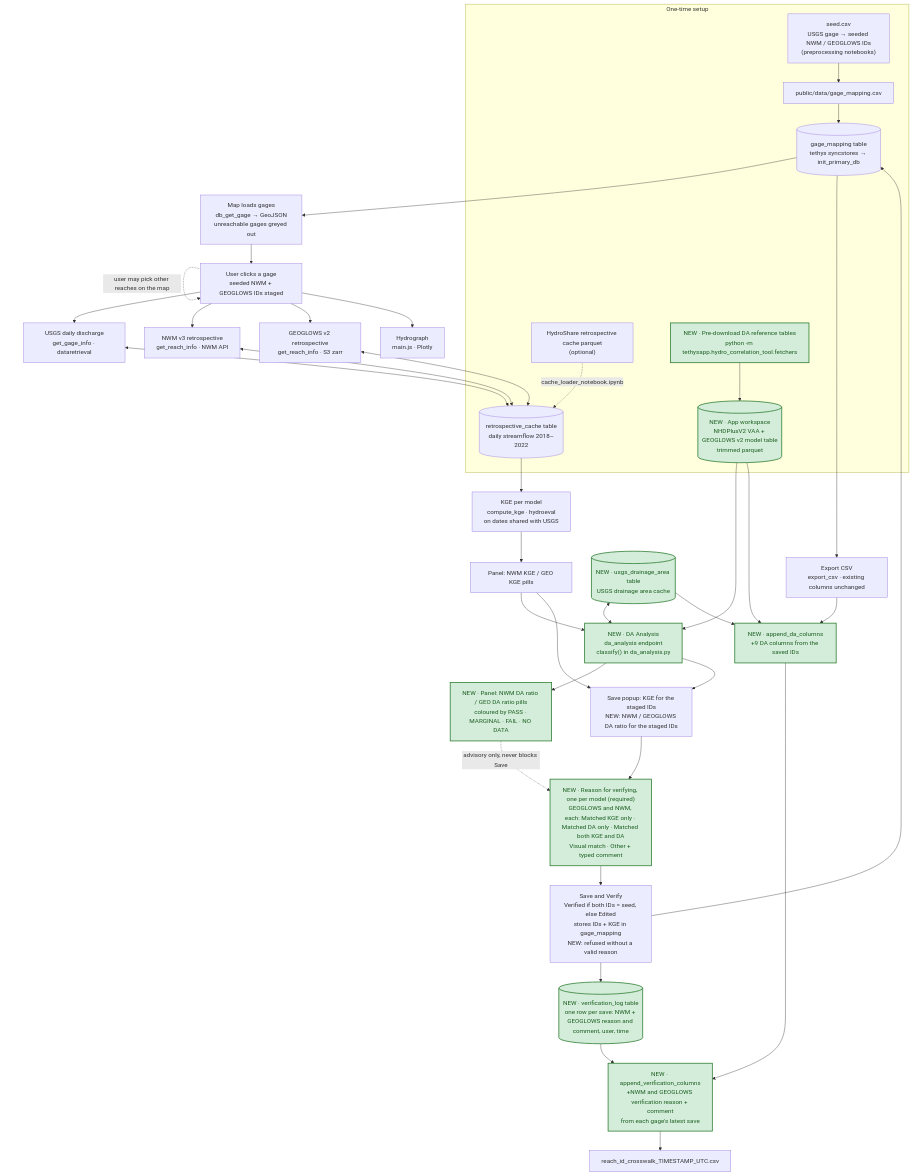
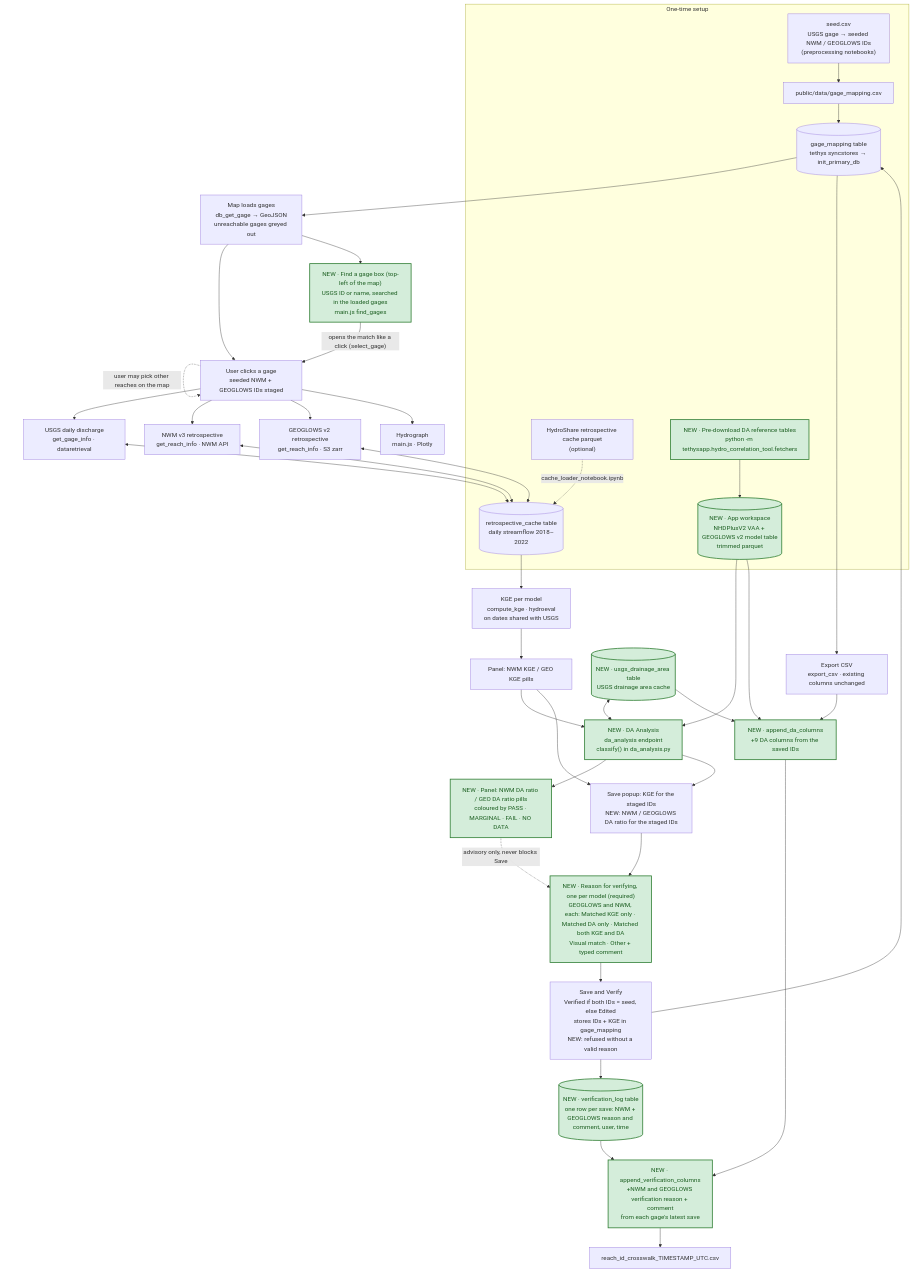
The diagram in docs/methodology.md (gwenhover/hydro-correlation-tool), drawn with Mermaid before and after one commit. The commit also changed other lines of this file and 3 other files, not shown here.

First line of the commit message:
Add a Find a gage search box to the map

````diff
--- a/docs/methodology.md
+++ b/docs/methodology.md
@@ -7,53 +7,55 @@
 ```mermaid
 flowchart TD
     subgraph SETUP["One-time setup"]
         SEED["seed.csv<br/>USGS gage → seeded NWM / GEOGLOWS IDs<br/>(preprocessing notebooks)"]
         MAPCSV["public/data/gage_mapping.csv"]
         DB[("gage_mapping table<br/>tethys syncstores → init_primary_db")]
         HS["HydroShare retrospective cache parquet<br/>(optional)"]
         CACHE[("retrospective_cache table<br/>daily streamflow 2018–2022")]
         DAPRE["NEW · Pre-download DA reference tables<br/>python -m tethysapp.hydro_correlation_tool.fetchers"]
         DAREF[("NEW · App workspace<br/>NHDPlusV2 VAA + GEOGLOWS v2 model table<br/>trimmed parquet")]
         SEED --> MAPCSV --> DB
         HS -. "cache_loader_notebook.ipynb" .-> CACHE
         DAPRE --> DAREF
     end
 
     DB --> MAP["Map loads gages<br/>db_get_gage → GeoJSON<br/>unreachable gages greyed out"]
     MAP --> CLICK["User clicks a gage<br/>seeded NWM + GEOGLOWS IDs staged"]
+    MAP --> SEARCH["NEW · Find a gage box (top-left of the map)<br/>USGS ID or name, searched in the loaded gages<br/>main.js find_gages"]
+    SEARCH -- "opens the match like a click (select_gage)" --> CLICK
     CLICK -. "user may pick other reaches on the map" .-> CLICK
 
     CLICK --> USGS["USGS daily discharge<br/>get_gage_info · dataretrieval"]
     CLICK --> NWM["NWM v3 retrospective<br/>get_reach_info · NWM API"]
     CLICK --> GEO["GEOGLOWS v2 retrospective<br/>get_reach_info · S3 zarr"]
     USGS <--> CACHE
     NWM <--> CACHE
     GEO <--> CACHE
     CLICK --> HYDRO["Hydrograph<br/>main.js · Plotly"]
 
     CACHE --> KGE["KGE per model<br/>compute_kge · hydroeval<br/>on dates shared with USGS"]
     KGE --> KGEPILLS["Panel: NWM KGE / GEO KGE pills"]
     KGEPILLS --> DA["NEW · DA Analysis<br/>da_analysis endpoint<br/>classify() in da_analysis.py"]
     DAREF --> DA
     USGSDA[("NEW · usgs_drainage_area table<br/>USGS drainage area cache")] <--> DA
     DA --> DAPILLS["NEW · Panel: NWM DA ratio / GEO DA ratio pills<br/>coloured by PASS · MARGINAL · FAIL · NO DATA"]
 
     KGEPILLS --> SAVEPOP["Save popup: KGE for the staged IDs<br/>NEW: NWM / GEOGLOWS DA ratio for the staged IDs"]
     DA --> SAVEPOP
     SAVEPOP --> REASON["NEW · Reason for verifying, one per model (required)<br/>GEOGLOWS and NWM, each: Matched KGE only · Matched DA only · Matched both KGE and DA<br/>Visual match · Other + typed comment"]
     DAPILLS -. "advisory only, never blocks Save" .-> REASON
     REASON --> SAVE["Save and Verify<br/>Verified if both IDs = seed, else Edited<br/>stores IDs + KGE in gage_mapping<br/>NEW: refused without a valid reason"]
     SAVE --> DB
     SAVE --> VLOG[("NEW · verification_log table<br/>one row per save: NWM + GEOGLOWS reason and comment, user, time")]
 
     DB --> EXPORT["Export CSV<br/>export_csv · existing columns unchanged"]
     EXPORT --> DACOLS["NEW · append_da_columns<br/>+9 DA columns from the saved IDs"]
     DAREF --> DACOLS
     USGSDA --> DACOLS
     DACOLS --> VCOLS["NEW · append_verification_columns<br/>+NWM and GEOGLOWS verification reason + comment<br/>from each gage's latest save"]
     VLOG --> VCOLS
     VCOLS --> CSV["reach_id_crosswalk_TIMESTAMP_UTC.csv"]
 
     classDef new fill:#d4edda,stroke:#2e7d32,stroke-width:2px,color:#1b5e20;
-    class DAPRE,DAREF,DA,USGSDA,DAPILLS,DACOLS,REASON,VLOG,VCOLS new;
+    class DAPRE,DAREF,DA,USGSDA,DAPILLS,DACOLS,REASON,VLOG,VCOLS,SEARCH new;
 ```
````
